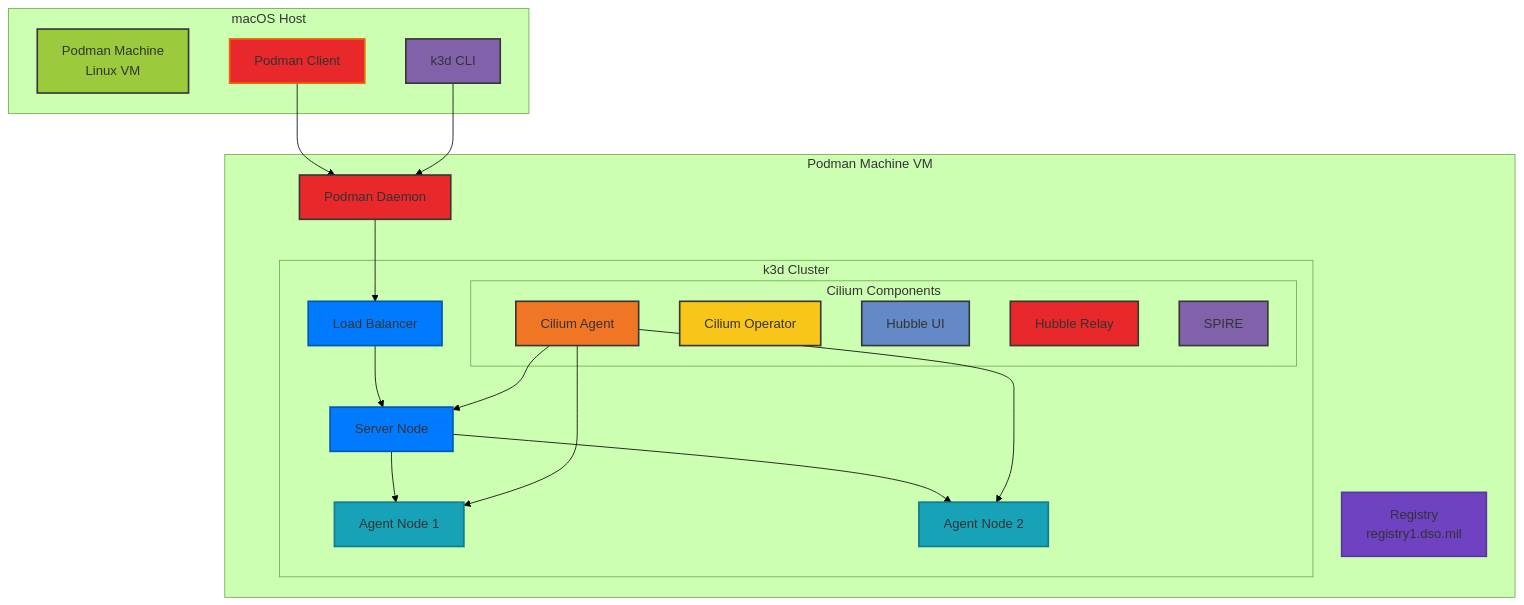
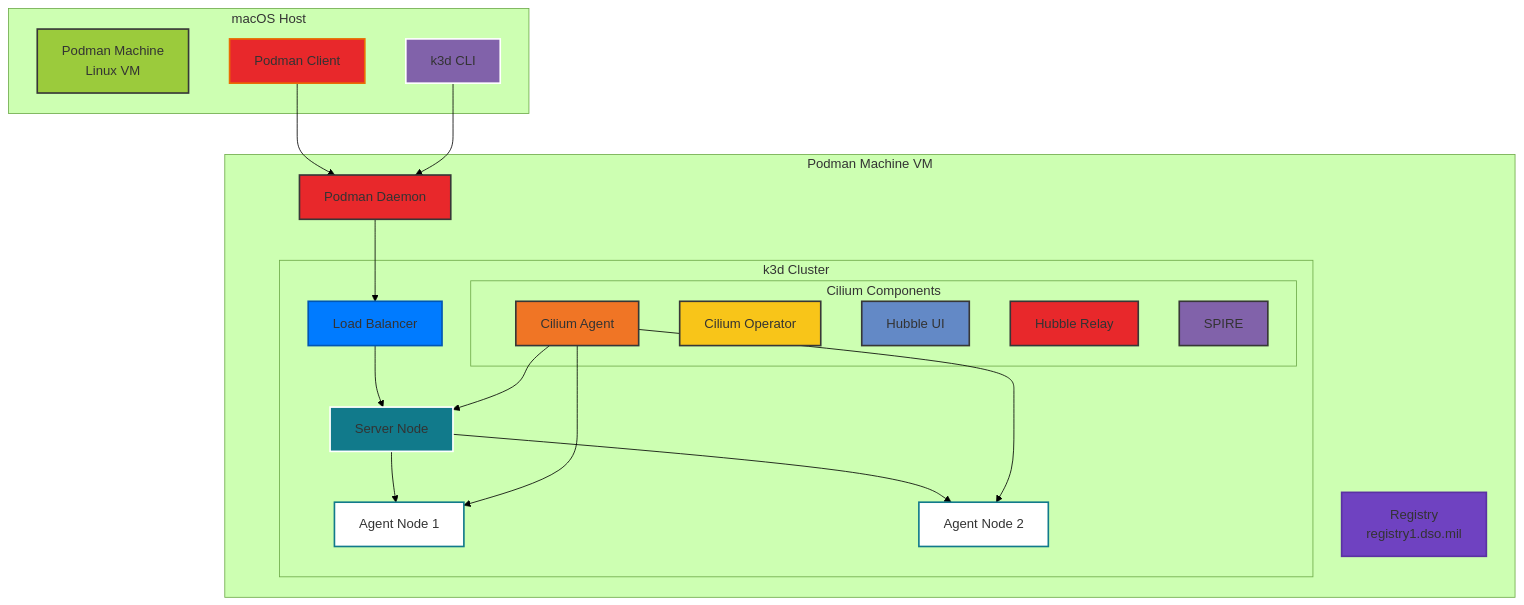
The diagram in README.md (mkm29/k3d-cilium), drawn with Mermaid (forest theme) before and after one commit. The commit also changed other lines of this file and 2 other files, not shown here.

````diff
--- a/README.md
+++ b/README.md
@@ -58,54 +58,54 @@
 ```mermaid
 graph TB
     subgraph "macOS Host"
         PM[Podman Machine<br/>Linux VM]
         PC[Podman Client]
         K3D[k3d CLI]
     end
 
     subgraph "Podman Machine VM"
         PD[Podman Daemon]
 
         subgraph "k3d Cluster"
             LB[Load Balancer]
             S1[Server Node]
             A1[Agent Node 1]
             A2[Agent Node 2]
 
             subgraph "Cilium Components"
                 CA[Cilium Agent]
                 CO[Cilium Operator]
                 HU[Hubble UI]
                 HR[Hubble Relay]
                 SP[SPIRE]
             end
         end
 
         REG[Registry<br/>registry1.dso.mil]
     end
 
     PC --> PD
     K3D --> PD
     PD --> LB
     LB --> S1
     S1 --> A1
     S1 --> A2
     CA --> S1
     CA --> A1
     CA --> A2
 
     style PM fill:#9bcb3c,stroke:#373737,stroke-width:2px,color:#333
     style PD fill:#e8282b,stroke:#373737,stroke-width:2px,color:#333
-    style K3D fill:#8162aa,stroke:#373737,stroke-width:2px,color:#333
+    style K3D fill:#8162aa,stroke:#FFFFFF,stroke-width:2px,color:#333
     style PC fill:#e8282b,stroke:#E96D04,stroke-width:2px,color:#333
     style LB fill:#007BFF,stroke:#0056B3,stroke-width:2px,color:#333
-    style S1 fill:#007BFF,stroke:#0056B3,stroke-width:2px,color:#333
-    style A1 fill:#17A2B8,stroke:#117A8B,stroke-width:2px,color:#333
-    style A2 fill:#17A2B8,stroke:#117A8B,stroke-width:2px,color:#333
+    style S1 fill:#117A8B,stroke:#FFFFFF,stroke-width:2px,color:#333
+    style A1 fill:#FFFFFF,stroke:#117A8B,stroke-width:2px,color:#333
+    style A2 fill:#FFFFFF,stroke:#117A8B,stroke-width:2px,color:#333
     style CA fill:#f07525,stroke:#373737,stroke-width:2px,color:#333
     style CO fill:#f8c519,stroke:#373737,stroke-width:2px,color:#333
     style HU fill:#6389c6,stroke:#373737,stroke-width:2px,color:#333
     style HR fill:#e8282b,stroke:#373737,stroke-width:2px,color:#333
     style SP fill:#8162aa,stroke:#373737,stroke-width:2px,color:#333
     style REG fill:#6F42C1,stroke:#5A32A3,stroke-width:2px,color:#333
 ```
````
